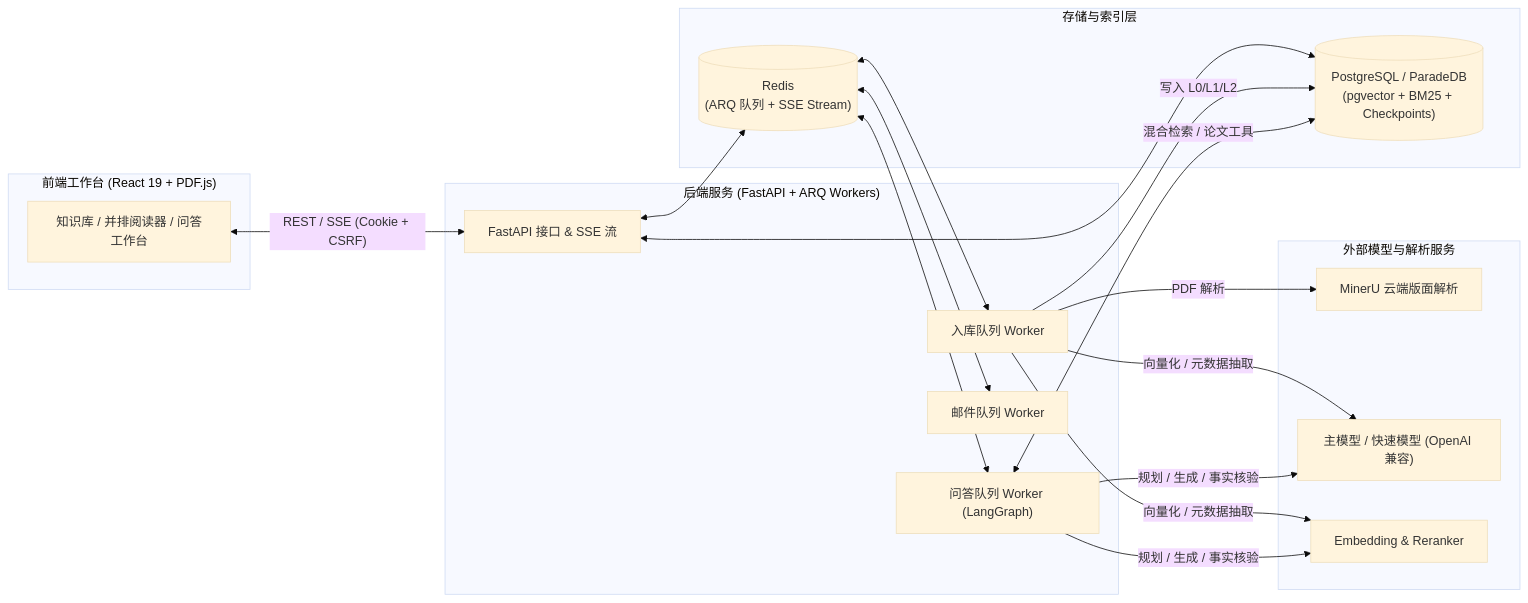
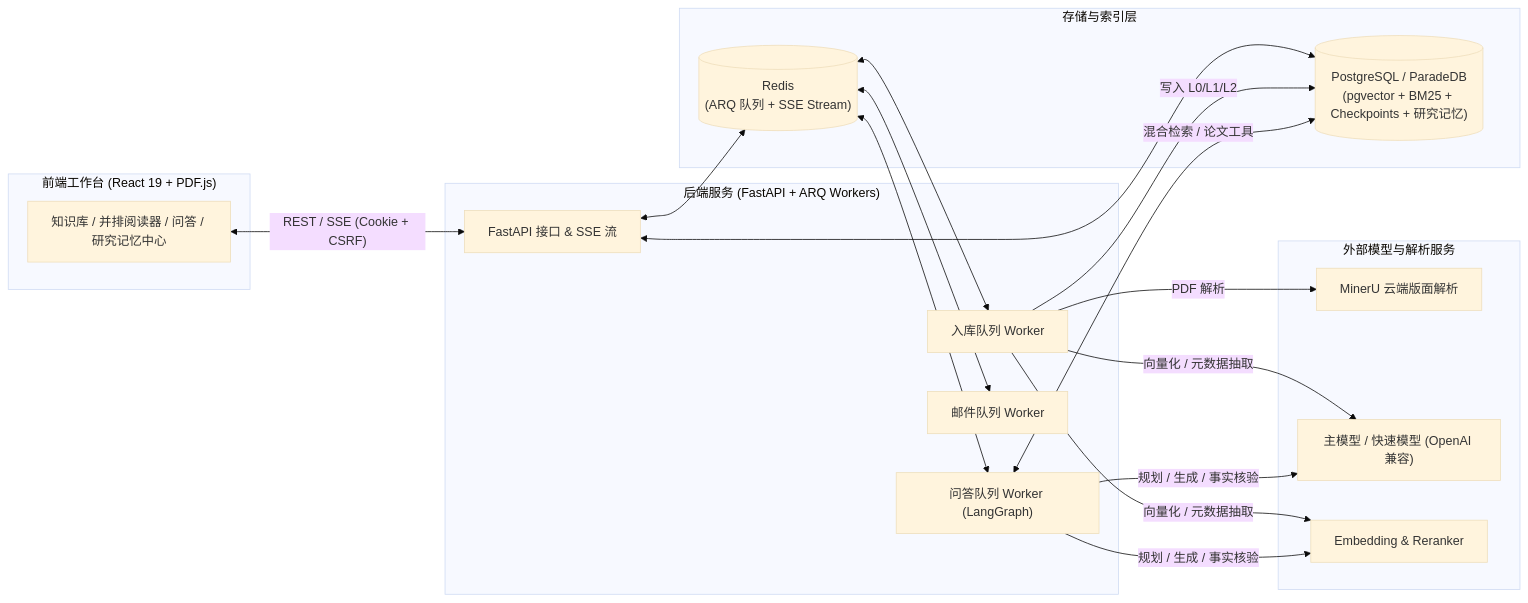
Before and after one commit to gxiaopang/PaperMind: the diagram in README.md, drawn with Mermaid (base theme). The commit also changed other lines of this file and 51 other files, not shown here.

````diff
--- a/README.md
+++ b/README.md
@@ -64,34 +75,34 @@
 ```mermaid
 flowchart LR
     subgraph Client["前端工作台 (React 19 + PDF.js)"]
-        UI["知识库 / 并排阅读器 / 问答工作台"]
+        UI["知识库 / 并排阅读器 / 问答 / 研究记忆中心"]
     end
 
     subgraph Backend["后端服务 (FastAPI + ARQ Workers)"]
         API["FastAPI 接口 & SSE 流"]
         Ingest["入库队列 Worker"]
         Chat["问答队列 Worker (LangGraph)"]
         Mail["邮件队列 Worker"]
     end
 
     subgraph Storage["存储与索引层"]
-        PG[("PostgreSQL / ParadeDB\n(pgvector + BM25 + Checkpoints)")]
+        PG[("PostgreSQL / ParadeDB\n(pgvector + BM25 + Checkpoints + 研究记忆)")]
         Redis[("Redis\n(ARQ 队列 + SSE Stream)")]
     end
 
     subgraph Providers["外部模型与解析服务"]
         MinerU["MinerU 云端版面解析"]
         LLM["主模型 / 快速模型 (OpenAI 兼容)"]
         Emb["Embedding & Reranker"]
     end
 
     UI <-->|"REST / SSE (Cookie + CSRF)"| API
     API <--> PG
     API <--> Redis
     Redis <--> Ingest & Chat & Mail
     Ingest -->|"PDF 解析"| MinerU
     Ingest -->|"向量化 / 元数据抽取"| Emb & LLM
     Ingest -->|"写入 L0/L1/L2"| PG
     Chat <-->|"混合检索 / 论文工具"| PG
     Chat -->|"规划 / 生成 / 事实核验"| LLM & Emb
 ```
````
